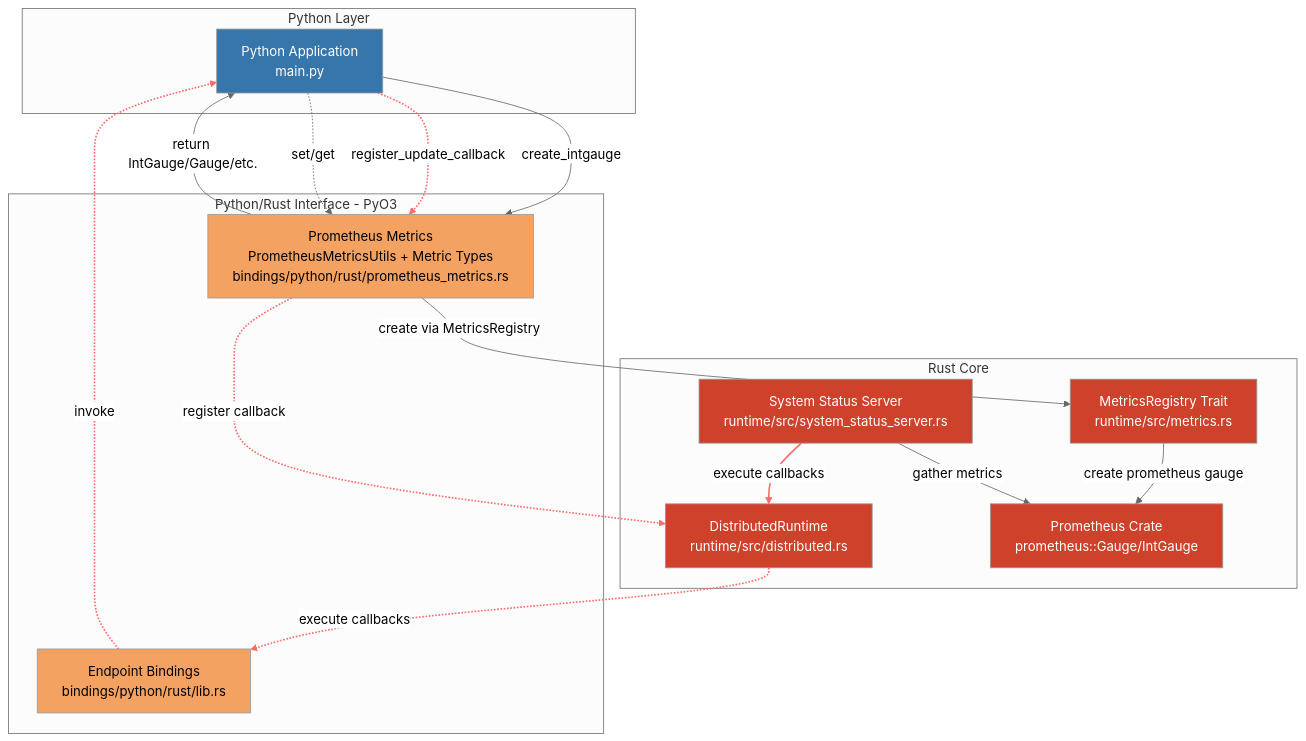
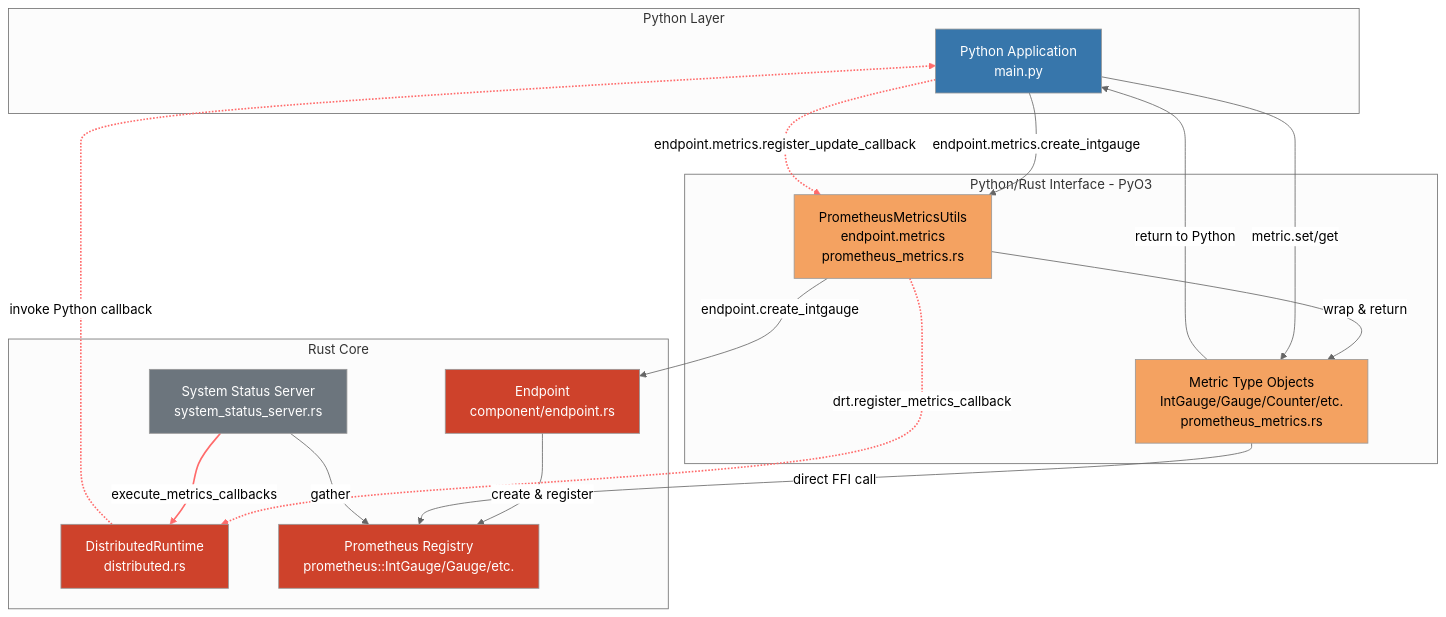
The second of 2 diagrams in lib/bindings/python/examples/metrics/README.md (vickiegpt/dynamo), drawn with Mermaid (neutral theme) before and after one commit.

Commit message:
update mermaid

````diff
--- a/lib/bindings/python/examples/metrics/README.md
+++ b/lib/bindings/python/examples/metrics/README.md
@@ -290,43 +290,43 @@
 ```mermaid
 graph TD
     subgraph Python["Python Layer"]
         PY[Python Application<br/>main.py]
         style PY fill:#3776ab,color:#fff
     end
 
     subgraph PyO3["Python/Rust Interface - PyO3"]
-        PM[Prometheus Metrics<br/>PrometheusMetricsUtils + Metric Types<br/>bindings/python/rust/prometheus_metrics.rs]
-        EP[Endpoint Bindings<br/>bindings/python/rust/lib.rs]
+        PM[PrometheusMetricsUtils<br/>endpoint.metrics<br/>prometheus_metrics.rs]
+        MT[Metric Type Objects<br/>IntGauge/Gauge/Counter/etc.<br/>prometheus_metrics.rs]
         style PM fill:#f4a261,color:#000
-        style EP fill:#f4a261,color:#000
+        style MT fill:#f4a261,color:#000
     end
 
     subgraph Rust["Rust Core"]
-        MR[MetricsRegistry Trait<br/>runtime/src/metrics.rs]
-        DRT[DistributedRuntime<br/>runtime/src/distributed.rs]
-        PROM["Prometheus Crate<br/>prometheus::Gauge/IntGauge"]
-        SS[System Status Server<br/>runtime/src/system_status_server.rs]
-        style MR fill:#ce422b,color:#fff
+        EP[Endpoint<br/>component/endpoint.rs]
+        DRT[DistributedRuntime<br/>distributed.rs]
+        PROM["Prometheus Registry<br/>prometheus::IntGauge/Gauge/etc."]
+        SS[System Status Server<br/>system_status_server.rs]
+        style EP fill:#ce422b,color:#fff
         style DRT fill:#ce422b,color:#fff
         style PROM fill:#ce422b,color:#fff
-        style SS fill:#ce422b,color:#fff
+        style SS fill:#6c757d,color:#fff
     end
 
-    PY -->|create_intgauge| PM
-    PY -.->|register_update_callback| PM
-    PM -->|create via MetricsRegistry| MR
-    MR -->|create prometheus gauge| PROM
-    PM -->|return IntGauge/Gauge/etc.| PY
-    PY -.->|set/get| PM
-    PM -.->|register callback| DRT
-    DRT -.->|execute callbacks| EP
-    EP -.->|invoke| PY
-    SS ==>|execute callbacks| DRT
-    SS -->|gather metrics| PROM
+    PY -->|endpoint.metrics.create_intgauge| PM
+    PM -->|endpoint.create_intgauge| EP
+    EP -->|create & register| PROM
+    PM -->|wrap & return| MT
+    MT -->|return to Python| PY
+    PY -->|metric.set/get| MT
+    MT -->|direct FFI call| PROM
+    PY -.->|endpoint.metrics.register_update_callback| PM
+    PM -.->|drt.register_metrics_callback| DRT
+    SS ==>|execute_metrics_callbacks| DRT
+    DRT -.->|invoke Python callback| PY
+    SS -->|gather| PROM
 
-    linkStyle 1 stroke:#ff6b6b,stroke-width:2px
-    linkStyle 6 stroke:#ff6b6b,stroke-width:2px
     linkStyle 7 stroke:#ff6b6b,stroke-width:2px
     linkStyle 8 stroke:#ff6b6b,stroke-width:2px
     linkStyle 9 stroke:#ff6b6b,stroke-width:2px
+    linkStyle 10 stroke:#ff6b6b,stroke-width:2px
 ```
````
